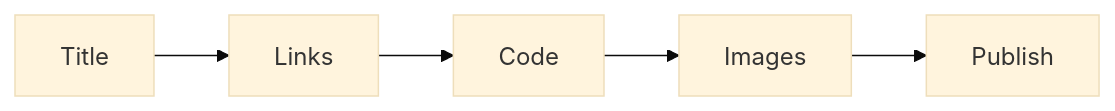
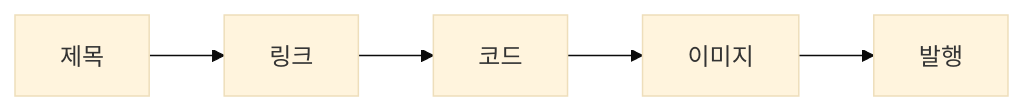
The diagram in content/technical-writing-101/ko/10-pre-publish-checklist.md (yeongseon-books/book-content), drawn with Mermaid (base theme) before and after one commit. The commit also changed other lines of this file and 7 other files, not shown here.

````diff
--- a/content/technical-writing-101/ko/10-pre-publish-checklist.md
+++ b/content/technical-writing-101/ko/10-pre-publish-checklist.md
@@ -33,7 +48,7 @@
 ```mermaid
 flowchart LR
-    T[Title] --> L[Links]
-    L --> C[Code]
-    C --> I[Images]
-    I --> P[Publish]
+    T[제목] --> L[링크]
+    L --> C[코드]
+    C --> I[이미지]
+    I --> P[발행]
 ```
````
